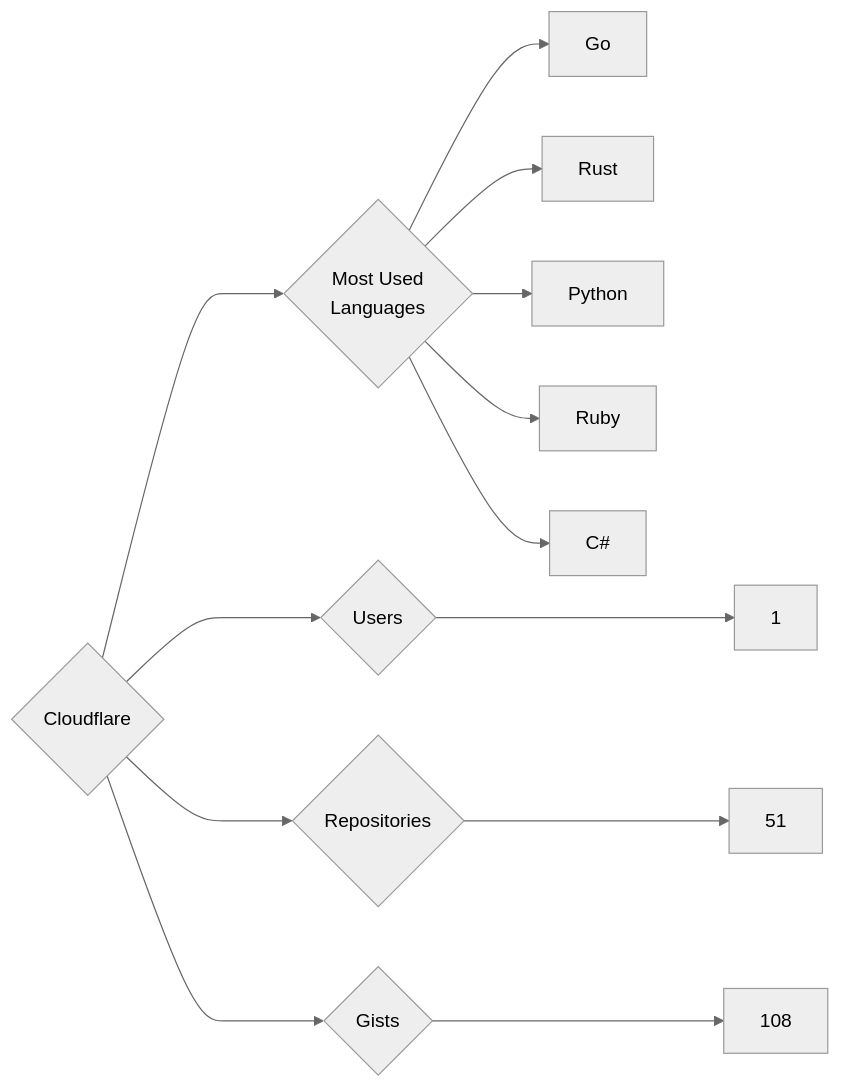
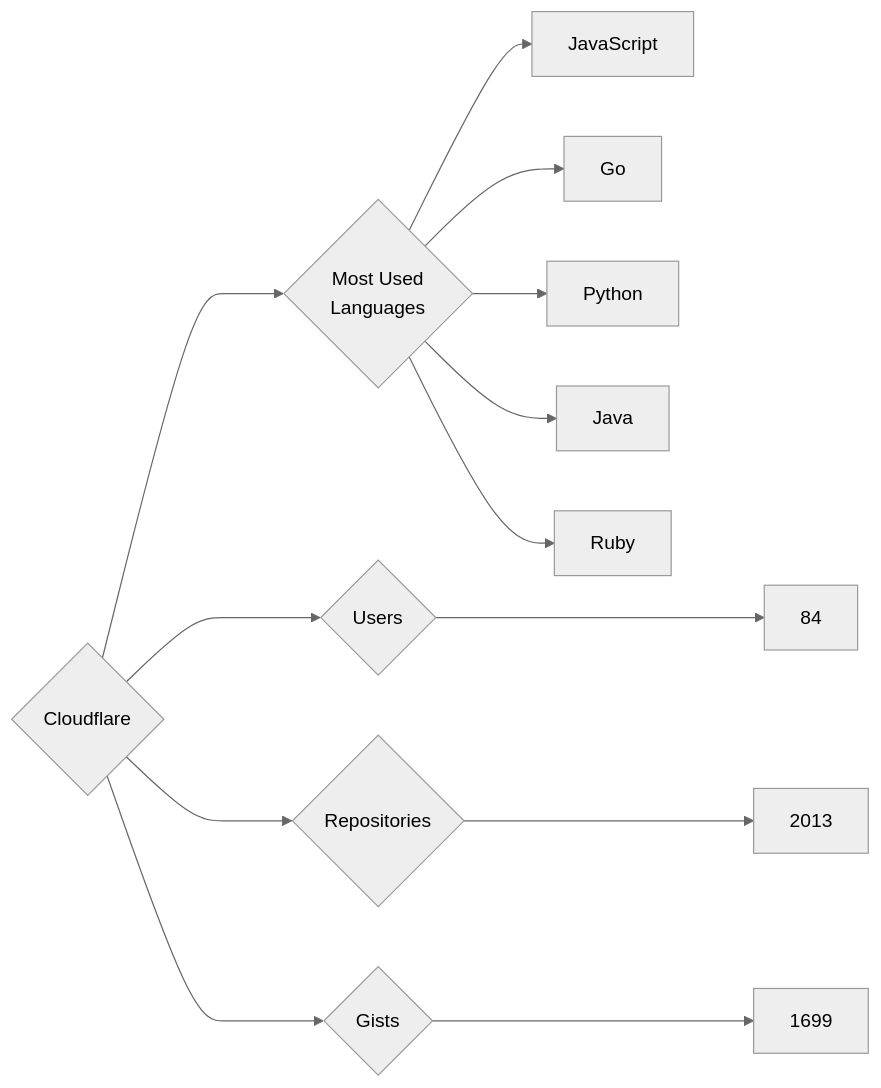
One commit to trickest/insiders changed the diagram in targets/Cloudflare/README.md. Above: the diagram before and after it, drawn with Mermaid (neutral theme). The commit also changed 924 other files, not shown here.

````diff
--- a/targets/Cloudflare/README.md
+++ b/targets/Cloudflare/README.md
@@ -3,13 +3,13 @@
 ```mermaid
 graph LR
 COMPANY_NAME{Cloudflare}
-COMPANY_NAME ---> U{Users} ---> UN[1]
-COMPANY_NAME ---> R{Repositories} ---> RN[51]
-COMPANY_NAME ---> G{Gists} ---> GN[108]
+COMPANY_NAME ---> U{Users} ---> UN[84]
+COMPANY_NAME ---> R{Repositories} ---> RN[2013]
+COMPANY_NAME ---> G{Gists} ---> GN[1699]
 COMPANY_NAME ---> ML{Most Used<br>Languages}
+ML --> JavaScript[JavaScript]
 ML --> Go[Go]
-ML --> Rust[Rust]
 ML --> Python[Python]
+ML --> Java[Java]
 ML --> Ruby[Ruby]
-ML --> C#[C#]
 ```
````
